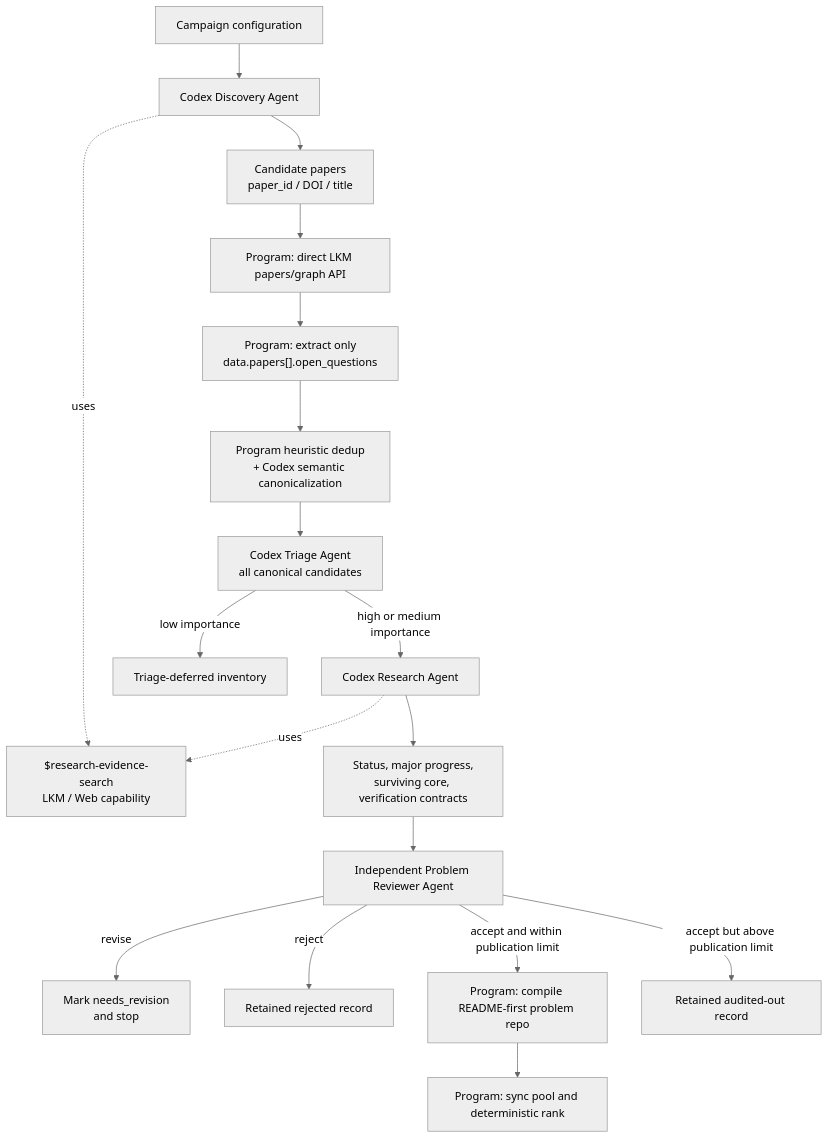
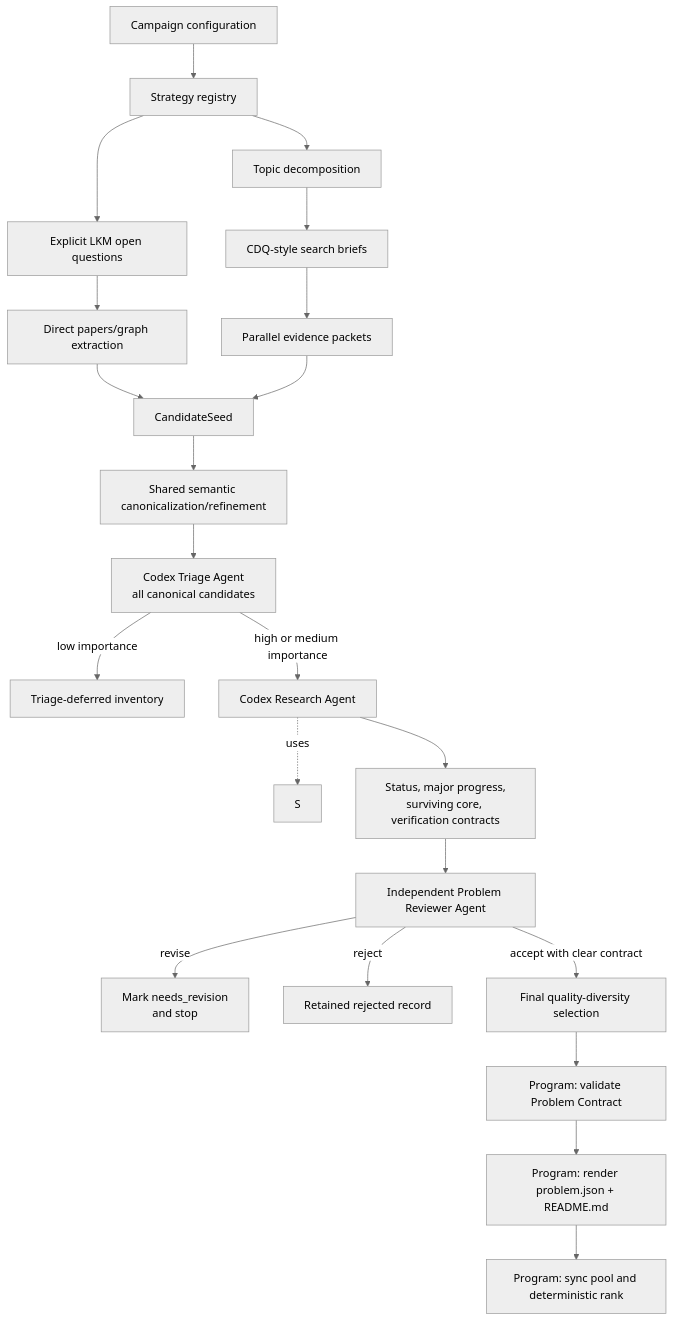
Before and after one commit to kunyuan/open-research-discovery: the diagram in docs/discovery-pipeline.md, drawn with Mermaid (neutral theme). The commit also changed other lines of this file and 37 other files, not shown here.

Commit message:
Refactor discovery around problem contracts

````diff
--- a/docs/discovery-pipeline.md
+++ b/docs/discovery-pipeline.md
@@ -8,20 +8,24 @@
 ```mermaid
 flowchart TD
-    C["Campaign configuration"] --> D["Codex Discovery Agent"]
-    D -. "uses" .-> S["$research-evidence-search<br/>LKM / Web capability"]
-    D --> P["Candidate papers<br/>paper_id / DOI / title"]
-    P --> A["Program: direct LKM papers/graph API"]
-    A --> O["Program: extract only<br/>data.papers[].open_questions"]
-    O --> H["Program heuristic dedup<br/>+ Codex semantic canonicalization"]
+    C["Campaign configuration"] --> DS["Strategy registry"]
+    DS --> D["Explicit LKM open questions"]
+    D --> A["Direct papers/graph extraction"]
+    DS --> TD["Topic decomposition"]
+    TD --> B["CDQ-style search briefs"]
+    B --> EP["Parallel evidence packets"]
+    A --> CS["CandidateSeed"]
+    EP --> CS
+    CS --> H["Shared semantic canonicalization/refinement"]
     H --> T["Codex Triage Agent<br/>all canonical candidates"]
     T -->|"low importance"| L2["Triage-deferred inventory"]
     T -->|"high or medium importance"| R["Codex Research Agent"]
     R -. "uses" .-> S
     R --> E["Status, major progress,<br/>surviving core, verification contracts"]
     E --> V["Independent Problem Reviewer Agent"]
     V -->|"revise"| N["Mark needs_revision<br/>and stop"]
     V -->|"reject"| X["Retained rejected record"]
-    V -->|"accept and within publication limit"| G["Program: compile README-first problem repo"]
-    V -->|"accept but above publication limit"| AO["Retained audited-out record"]
+    V -->|"accept with clear contract"| QD["Final quality-diversity selection"]
+    QD --> PC["Program: validate Problem Contract"]
+    PC --> G["Program: render problem.json + README.md"]
     G --> Y["Program: sync pool and deterministic rank"]
 ```
````
